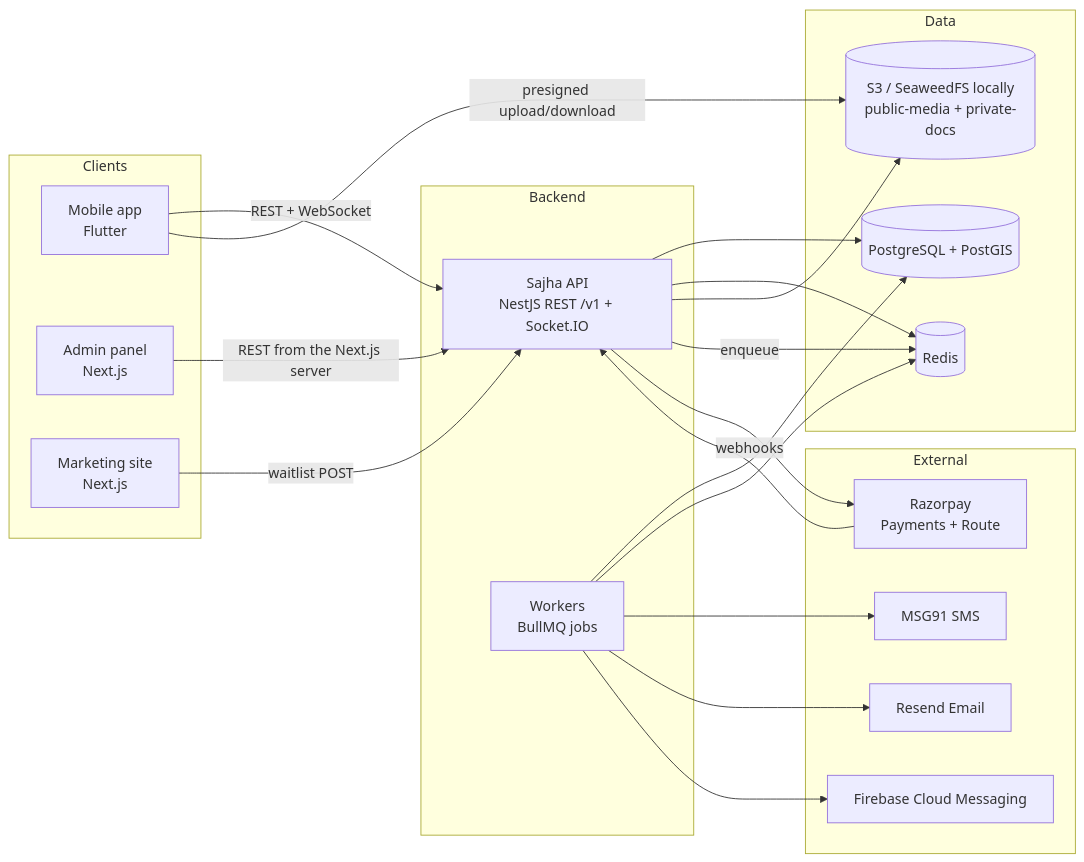
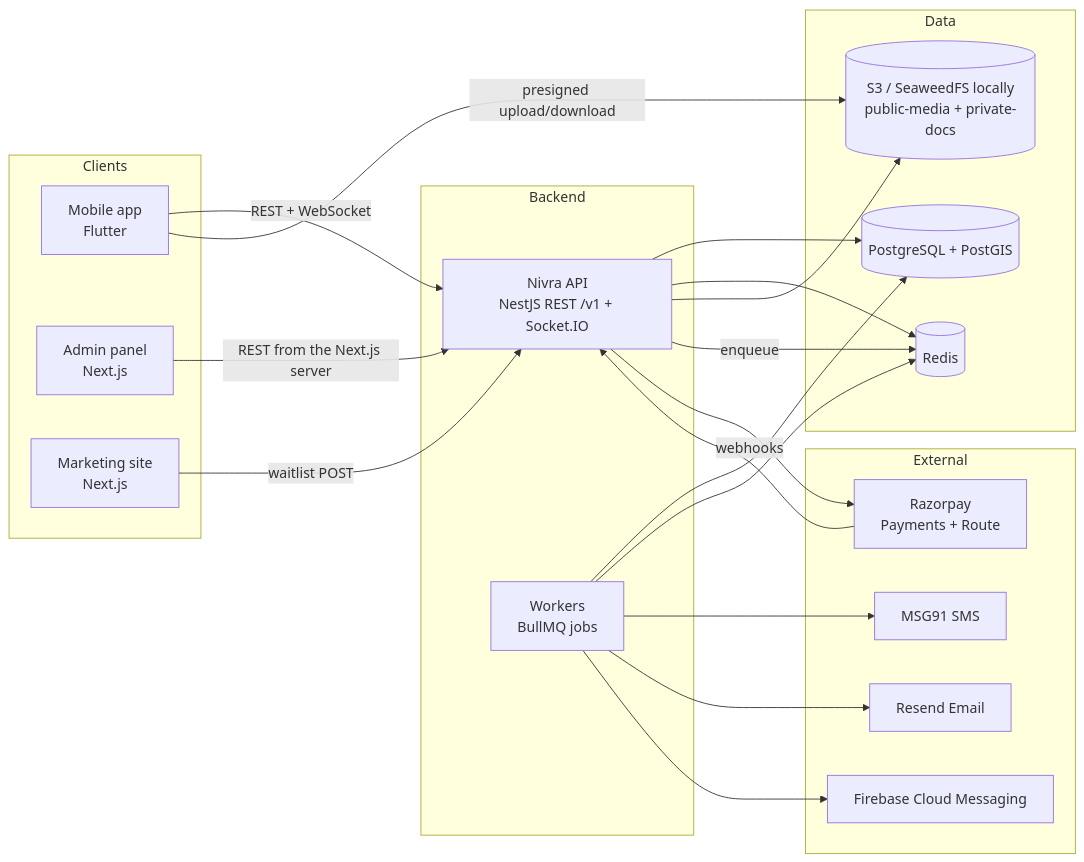
Before and after one commit to Jitesh60/nivra: the first of 7 diagrams in docs/ARCHITECTURE.md, drawn with Mermaid. The commit also changed other lines of this file and 152 other files, not shown here.

````diff
--- a/docs/ARCHITECTURE.md
+++ b/docs/ARCHITECTURE.md
@@ -9,42 +9,42 @@
 ```mermaid
 flowchart LR
   subgraph Clients
     M[Mobile app<br/>Flutter]
     A[Admin panel<br/>Next.js]
     W[Marketing site<br/>Next.js]
   end
 
   subgraph Backend
-    API[Sajha API<br/>NestJS REST /v1 + Socket.IO]
+    API[Nivra API<br/>NestJS REST /v1 + Socket.IO]
     WK[Workers<br/>BullMQ jobs]
   end
 
   subgraph Data
     PG[(PostgreSQL + PostGIS)]
     RD[(Redis)]
     S3[(S3 / SeaweedFS locally<br/>public-media + private-docs)]
   end
 
   subgraph External
     RZ[Razorpay<br/>Payments + Route]
     SMS[MSG91 SMS]
     EM[Resend Email]
     FCM[Firebase Cloud Messaging]
   end
 
   M -- REST + WebSocket --> API
   A -- REST from the Next.js server --> API
   W -- waitlist POST --> API
   API --> PG
   API --> RD
   API --> S3
   WK --> PG
   WK --> RD
   API -- enqueue --> RD
   API --> RZ
   RZ -- webhooks --> API
   WK --> SMS
   WK --> EM
   WK --> FCM
   M -- presigned upload/download --> S3
 ```
````
